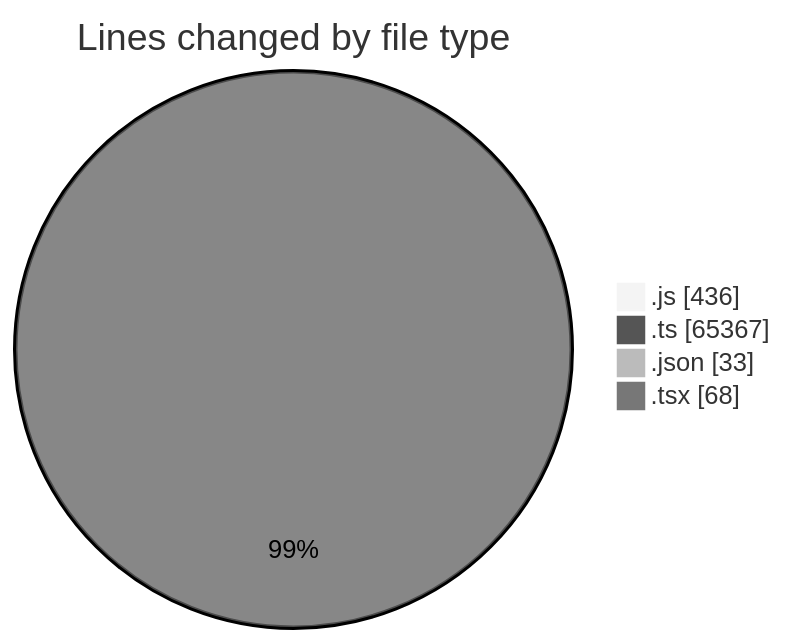
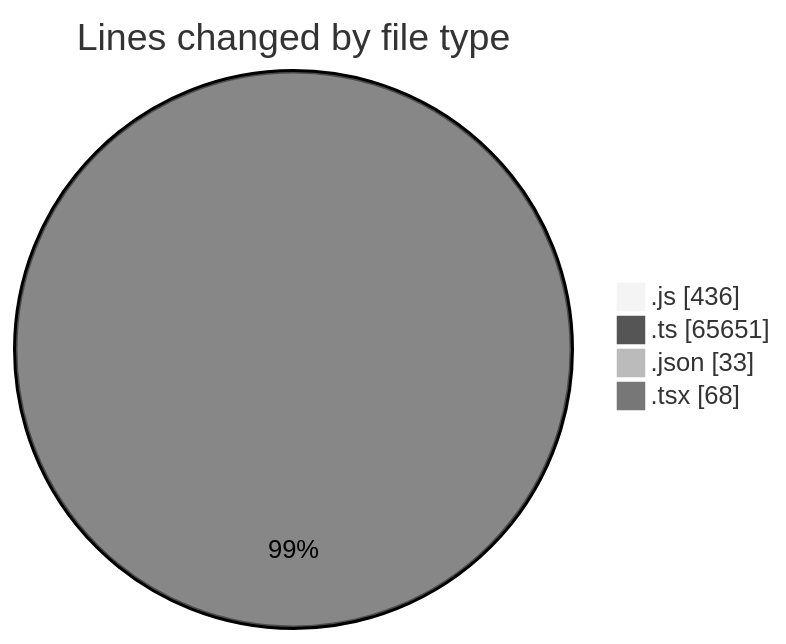
The first of 2 diagrams in 2026-07-27/cda/README.md (momahboobian/code-tracking), drawn with Mermaid (neutral theme) before and after one commit. The commit also changed other lines of this file and 1 other file, not shown here.

````diff
--- a/2026-07-27/cda/README.md
+++ b/2026-07-27/cda/README.md
@@ -34,8 +34,8 @@
 ```mermaid
 pie showData
 title Lines changed by file type
 ".js" : 436
-".ts" : 65367
+".ts" : 65651
 ".json" : 33
 ".tsx" : 68
 ```
````
